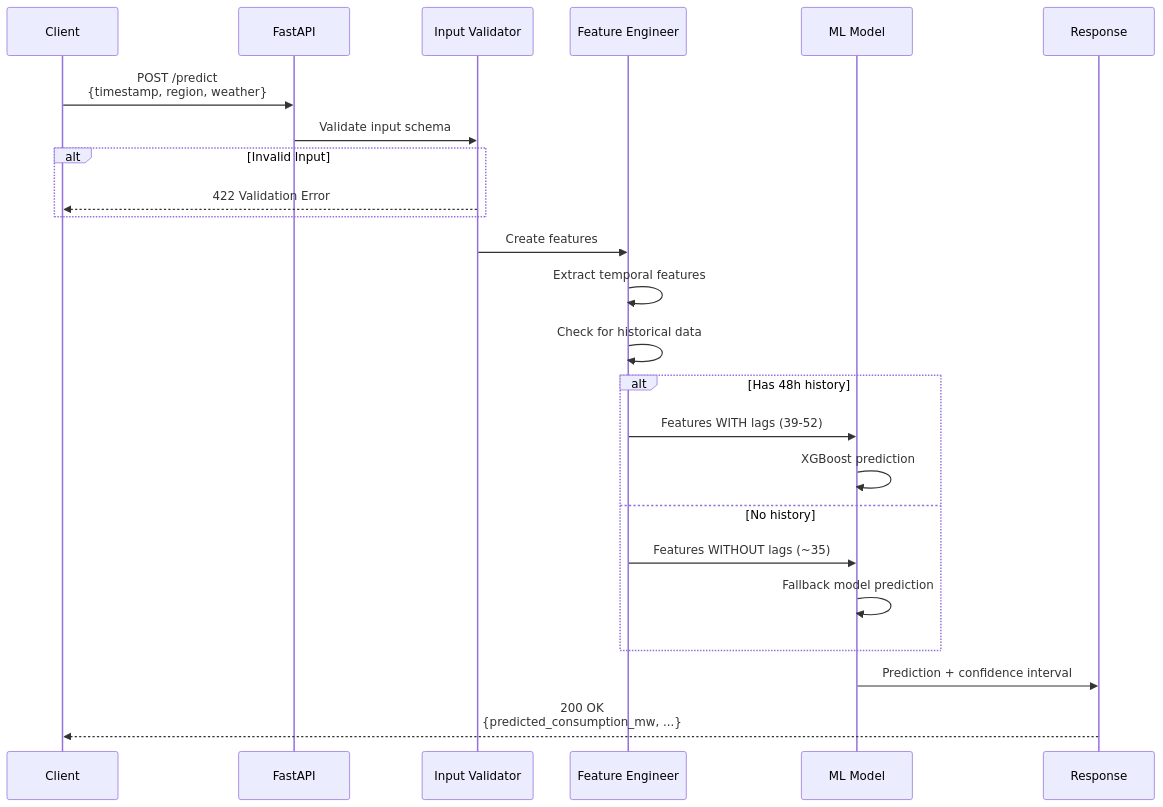
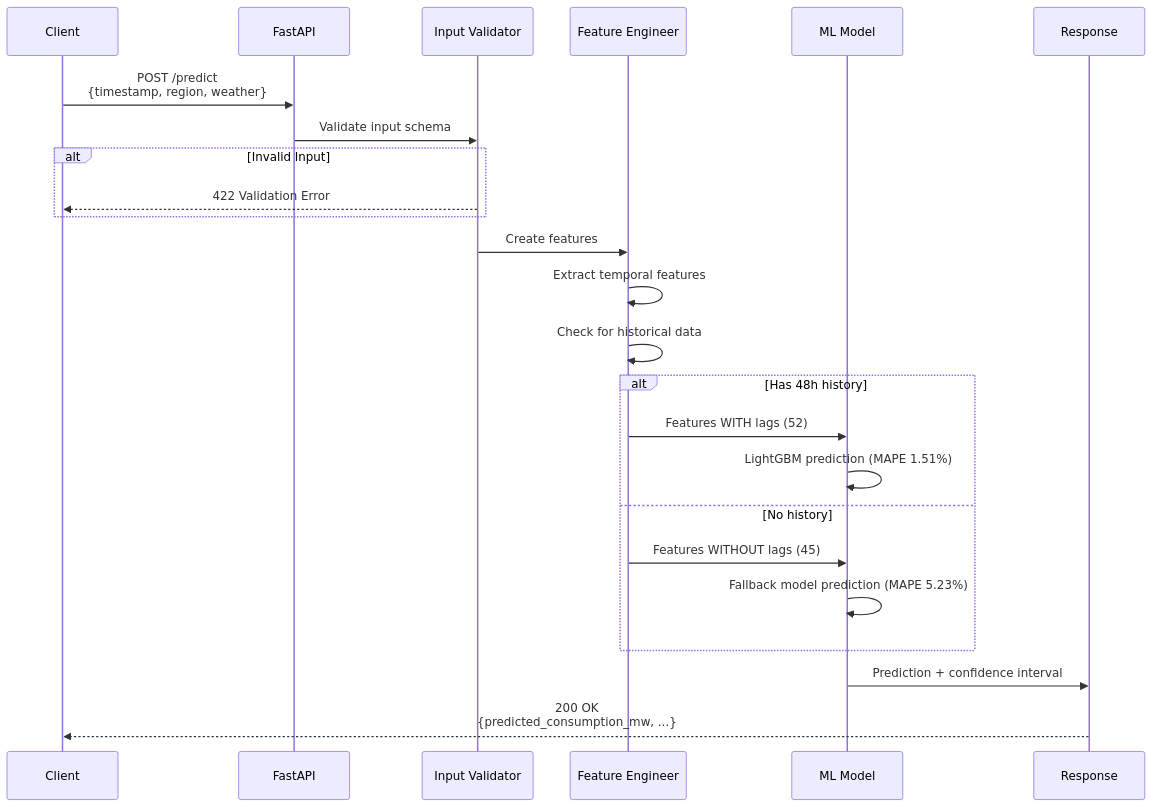
Before and after one commit to Pedrom2002/energy-forecast-pt: the third of 5 diagrams in docs/ARCHITECTURE.md, drawn with Mermaid. The commit also changed other lines of this file and 14 other files, not shown here.

````diff
--- a/docs/ARCHITECTURE.md
+++ b/docs/ARCHITECTURE.md
@@ -81,31 +81,31 @@
 ```mermaid
 sequenceDiagram
     participant Client
     participant API as FastAPI
     participant Val as Input Validator
     participant FE as Feature Engineer
     participant Model as ML Model
     participant Response
 
     Client->>API: POST /predict<br/>{timestamp, region, weather}
     API->>Val: Validate input schema
 
     alt Invalid Input
         Val-->>Client: 422 Validation Error
     end
 
     Val->>FE: Create features
     FE->>FE: Extract temporal features
     FE->>FE: Check for historical data
 
     alt Has 48h history
-        FE->>Model: Features WITH lags (39-52)
-        Model->>Model: XGBoost prediction
+        FE->>Model: Features WITH lags (52)
+        Model->>Model: LightGBM prediction (MAPE 1.51%)
     else No history
-        FE->>Model: Features WITHOUT lags (~35)
-        Model->>Model: Fallback model prediction
+        FE->>Model: Features WITHOUT lags (45)
+        Model->>Model: Fallback model prediction (MAPE 5.23%)
     end
 
     Model->>Response: Prediction + confidence interval
     Response-->>Client: 200 OK<br/>{predicted_consumption_mw, ...}
 ```
````
